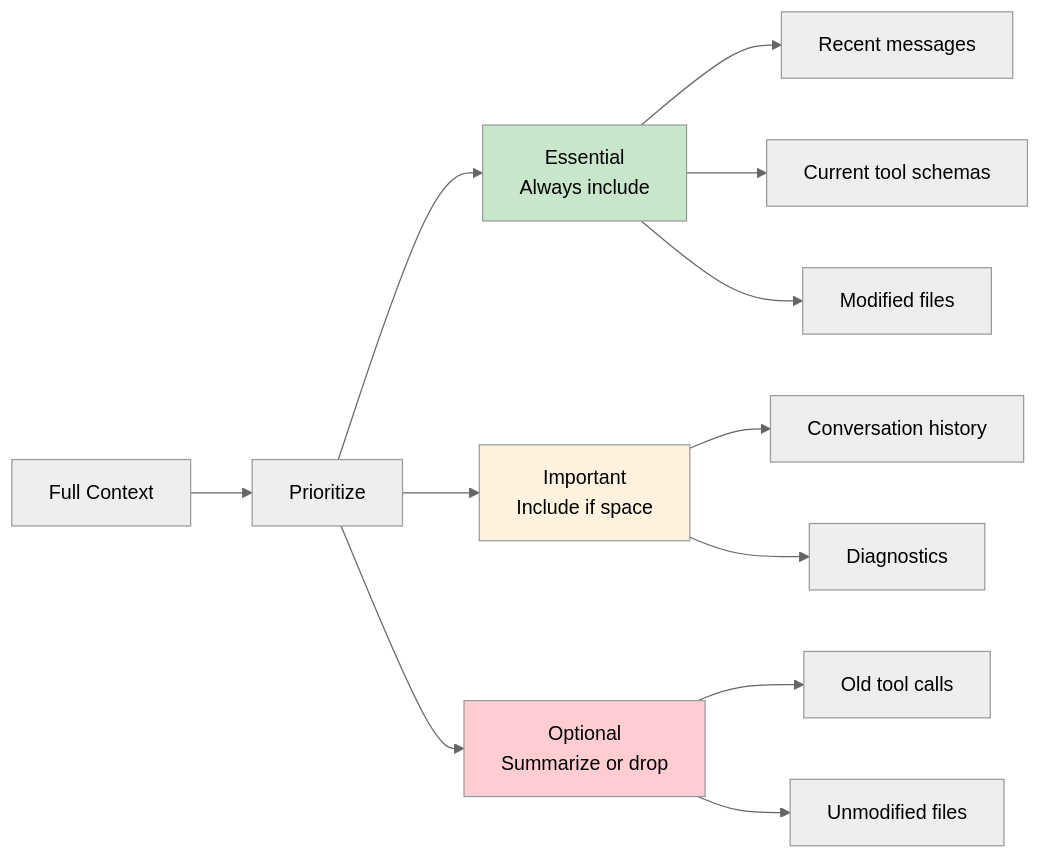
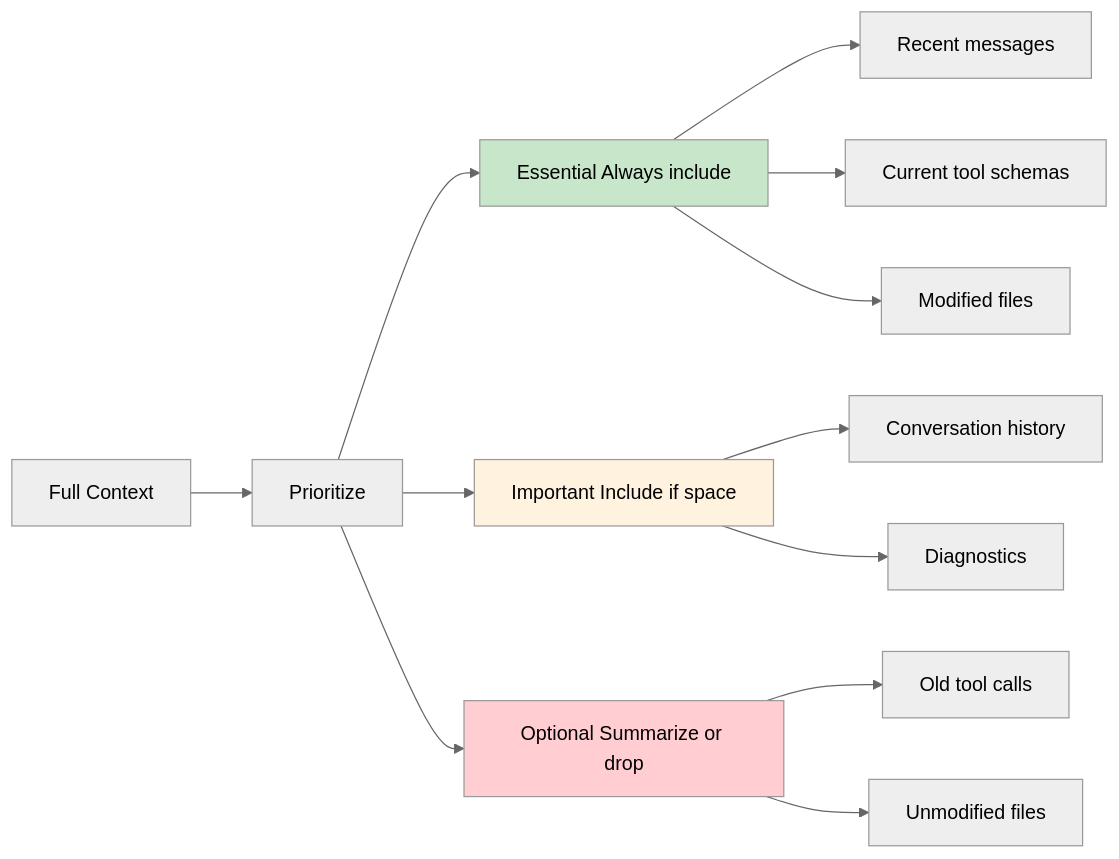
One commit to softwarewrighter/emacs-agent changed the seventh of 9 diagrams in wiki/Agent-System.md. Above: the diagram before and after it, drawn with Mermaid (neutral theme). The commit also changed other lines of this file and 7 other files, not shown here.

First line of the commit message:
Fix wiki Mermaid diagrams: remove <br/> tags

````diff
--- a/wiki/Agent-System.md
+++ b/wiki/Agent-System.md
@@ -419,22 +419,22 @@
 ```mermaid
 graph LR
     FULL[Full Context] --> PRIORITIZE[Prioritize]
 
-    PRIORITIZE --> ESSENTIAL[Essential<br/>Always include]
-    PRIORITIZE --> IMPORTANT[Important<br/>Include if space]
-    PRIORITIZE --> OPTIONAL[Optional<br/>Summarize or drop]
+    PRIORITIZE --> ESSENTIAL[Essential Always include]
+    PRIORITIZE --> IMPORTANT[Important Include if space]
+    PRIORITIZE --> OPTIONAL[Optional Summarize or drop]
 
     ESSENTIAL --> MESSAGES[Recent messages]
     ESSENTIAL --> TOOLS[Current tool schemas]
     ESSENTIAL --> FILES[Modified files]
 
     IMPORTANT --> HISTORY[Conversation history]
     IMPORTANT --> DIAG[Diagnostics]
 
     OPTIONAL --> OLD_TOOLS[Old tool calls]
     OPTIONAL --> OLD_FILES[Unmodified files]
 
     style ESSENTIAL fill:#c8e6c9
     style IMPORTANT fill:#fff3e0
     style OPTIONAL fill:#ffcdd2
 ```
````
